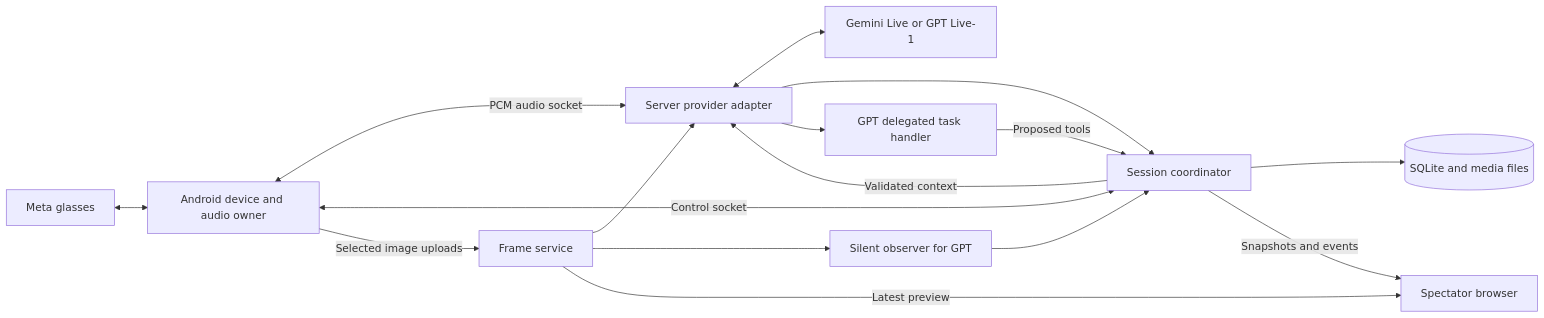
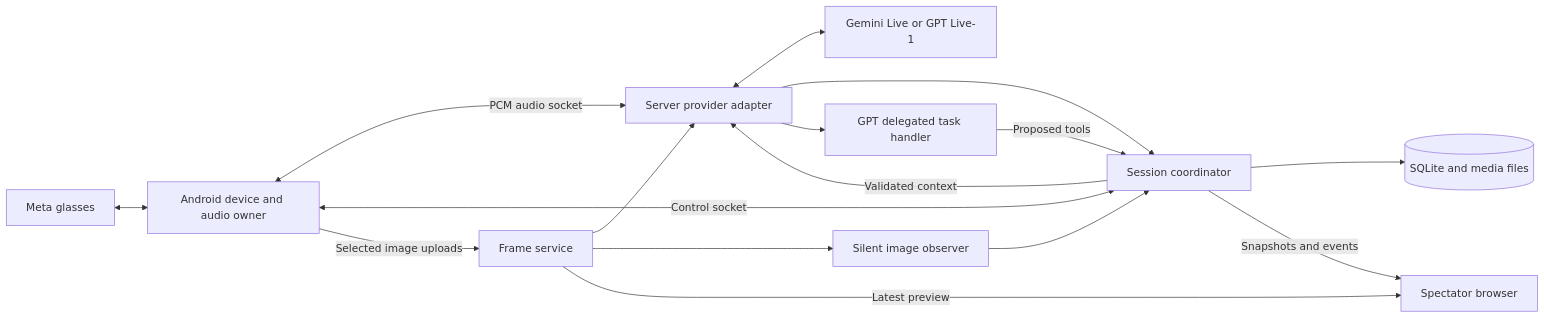
The diagram in docs/architecture.md (JoshTheMenace/wearable-coach), drawn with Mermaid before and after one commit. The commit also changed other lines of this file and 17 other files, not shown here.

````diff
--- a/docs/architecture.md
+++ b/docs/architecture.md
@@ -25,18 +25,18 @@
 ```mermaid
 flowchart LR
   G[Meta glasses] <--> A[Android device and audio owner]
   A <-->|PCM audio socket| P[Server provider adapter]
   A <-->|Control socket| S[Session coordinator]
   A -->|Selected image uploads| M[Frame service]
   P <--> L[Gemini Live or GPT Live-1]
   P --> S
   M --> P
-  M --> O[Silent observer for GPT]
+  M --> O[Silent image observer]
   O --> S
   S -->|Validated context| P
   P --> D[GPT delegated task handler]
   D -->|Proposed tools| S
   S --> DB[(SQLite and media files)]
   S -->|Snapshots and events| W[Spectator browser]
   M -->|Latest preview| W
 ```
````
